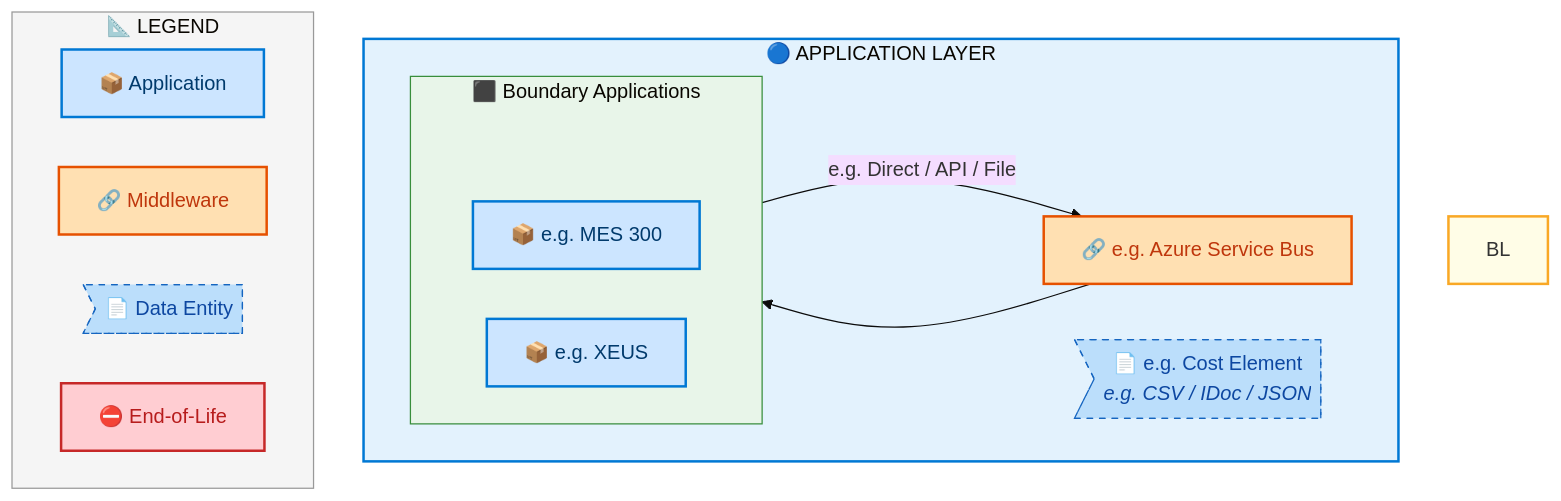
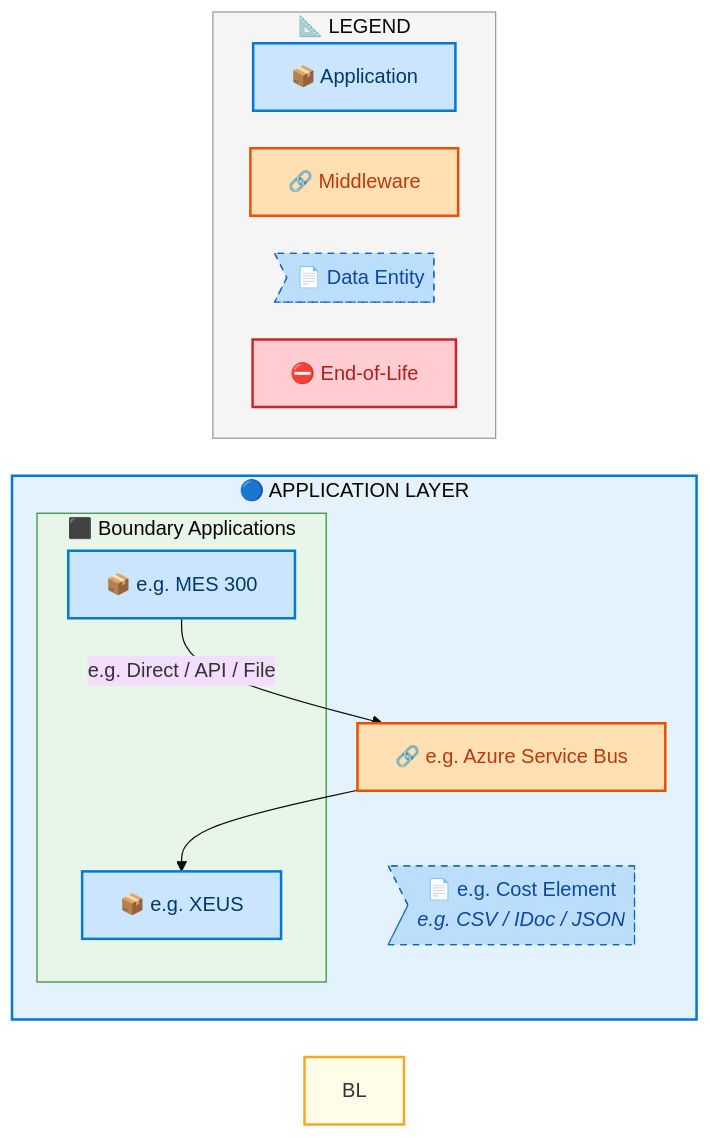
One commit to sajivfrancis777/IAO-Architecture changed the fifth of 8 diagrams in towers/E2E/Order to Cash/Order_to_Cash_IP/output/docs/systems-architecture/Order_to_Cash_IP-Architecture.md. Above: the diagram before and after it, drawn with Mermaid. The commit also changed other lines of this file and 252 other files, not shown here.

First line of the commit message:
fix: remove Mermaid ~~~ rank chain causing syntax error in v11.14.0

````diff
--- a/towers/E2E/Order to Cash/Order_to_Cash_IP/output/docs/systems-architecture/Order_to_Cash_IP-Architecture.md
+++ b/towers/E2E/Order to Cash/Order_to_Cash_IP/output/docs/systems-architecture/Order_to_Cash_IP-Architecture.md
@@ -625,44 +625,40 @@
 ```mermaid
-%%{init: {"theme": "base", "securityLevel": "loose", "themeVariables": {"fontSize": "16px", "fontFamily": "Segoe UI, Arial, sans-serif"}, "flowchart": {"useMaxWidth": false, "htmlLabels": true, "nodeSpacing": 40, "rankSpacing": 50}} }%%
-flowchart TB
+%%{init: {"theme": "base", "securityLevel": "loose", "themeVariables": {"fontSize": "16px", "fontFamily": "Segoe UI, Arial, sans-serif"}, "flowchart": {"useMaxWidth": false, "htmlLabels": true, "nodeSpacing": 30, "rankSpacing": 35}} }%%
+flowchart LR
     %% -- ArchiMate 3.2 + Azure style classes --
     classDef business      fill:#FFFFB3,stroke:#F9A825,stroke-width:2px,color:#000
     classDef app           fill:#CCE5FF,stroke:#0078D4,stroke-width:2px,color:#003A6C
     classDef data          fill:#BBDEFB,stroke:#1565C0,stroke-width:1px,color:#0D47A1,stroke-dasharray: 5 5
     classDef middleware    fill:#FFE0B2,stroke:#E65100,stroke-width:2px,color:#BF360C
     classDef eol           fill:#FFCDD2,stroke:#C62828,stroke-width:2px,color:#B71C1C
     classDef saas          fill:#E1BEE7,stroke:#7B1FA2,stroke-width:2px,color:#4A148C
     classDef cloud         fill:#BBDEFB,stroke:#1565C0,stroke-width:2px,color:#0D47A1
     classDef onprem        fill:#C8E6C9,stroke:#2E7D32,stroke-width:2px,color:#1B5E20
-    classDef rankAnchor    fill:none,stroke:none,color:transparent,font-size:1px
 
     subgraph AL["🔵 APPLICATION LAYER"]
-        direction LR
         subgraph Order_to_Cash_IPCLN_Boundary_Applications[" ⬛ Boundary Applications"]
-            direction LR
-            Order_to_Cash_IPC_ALRANK_0[ ]:::rankAnchor
             Order_to_Cash_IPC_e_g_MES_300["📦 e.g. MES 300"]:::app
             Order_to_Cash_IPC_e_g_XEUS["📦 e.g. XEUS"]:::app
         end
         Order_to_Cash_IPCMW_e_g_Azure_Service_Bus["🔗 e.g. Azure Service Bus"]:::middleware
         Order_to_Cash_IPCDE_e_g_Cost_Element>"📄 e.g. Cost Element<br/><i>e.g. CSV / IDoc / JSON</i>"]:::data
     end
 
     Order_to_Cash_IPC_e_g_MES_300 -->|"e.g. Direct / API / File"| Order_to_Cash_IPCMW_e_g_Azure_Service_Bus
     Order_to_Cash_IPCMW_e_g_Azure_Service_Bus --> Order_to_Cash_IPC_e_g_XEUS
 
 
     style BL fill:#FFFDE7,stroke:#F9A825,stroke-width:2px
     style AL fill:#E3F2FD,stroke:#0078D4,stroke-width:2px
 
     style Order_to_Cash_IPCLN_Boundary_Applications fill:#E8F5E9,stroke:#388E3C,stroke-width:1px
 
     subgraph Legend["📐 LEGEND"]
         direction LR
         L_APP["📦 Application"]:::app
         L_MW["🔗 Middleware"]:::middleware
         L_DE>"📄 Data Entity"]:::data
         L_EOL["⛔ End-of-Life"]:::eol
     end
     style Legend fill:#F5F5F5,stroke:#999,stroke-width:1px
 ```
````
